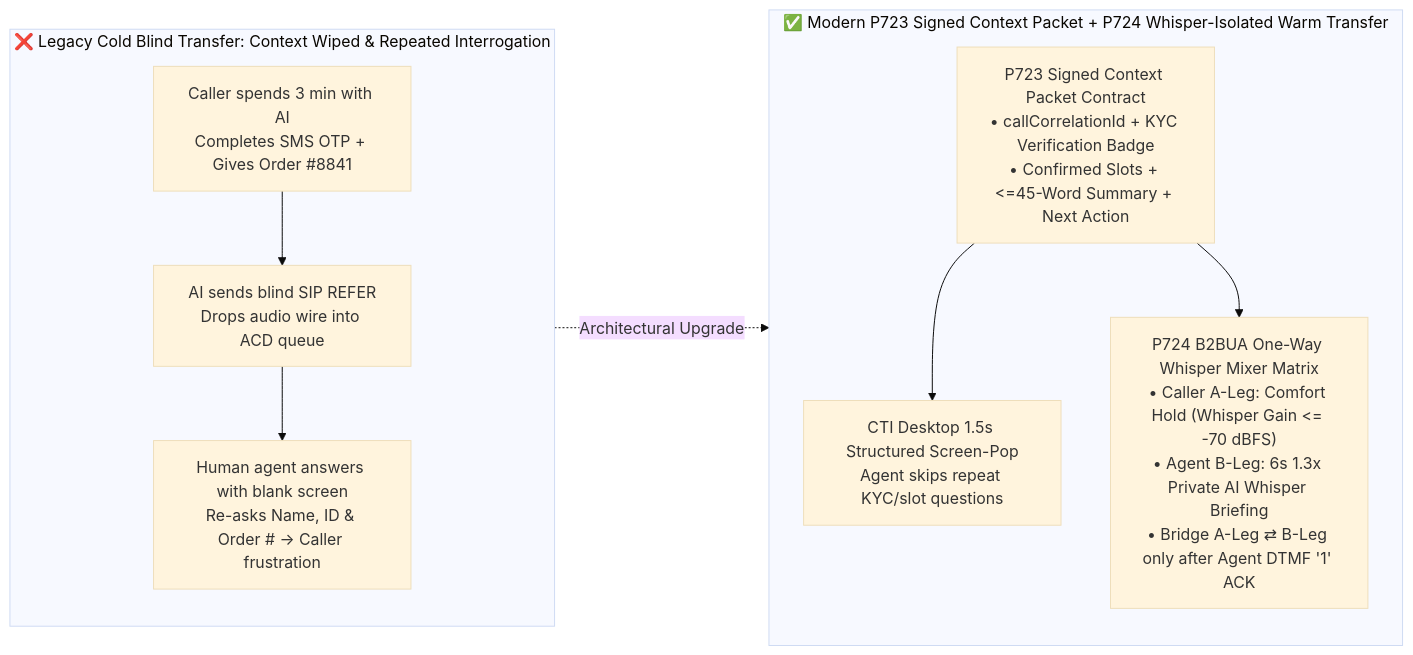
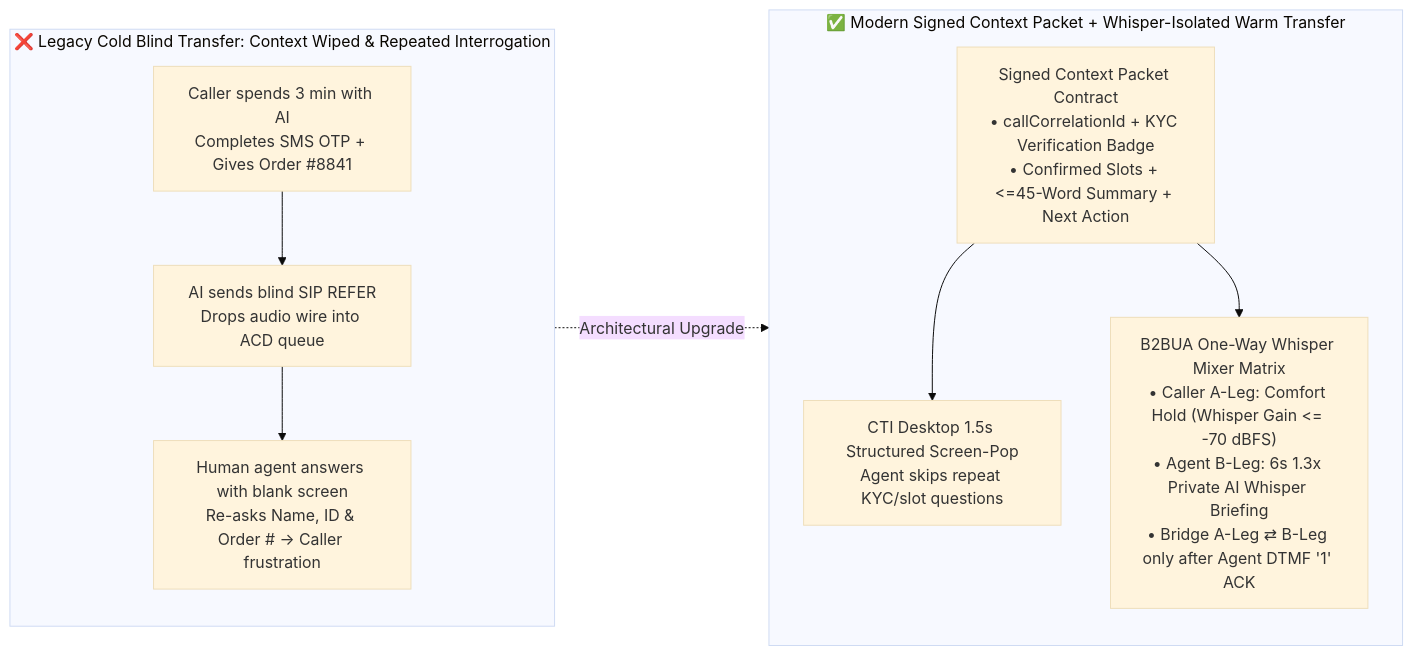
The second of 3 diagrams in docs/warm-transfer-whisper-handoff-faq.en.md (turbo998/voice-agent-lab), drawn with Mermaid (base theme) before and after one commit. The commit also changed other lines of this file and 715 other files, not shown here.

````diff
--- a/docs/warm-transfer-whisper-handoff-faq.en.md
+++ b/docs/warm-transfer-whisper-handoff-faq.en.md
@@ -90,16 +90,16 @@
 ```mermaid
 flowchart LR
-    subgraph Legacy["❌ Legacy Cold Blind Transfer: Context Wiped & Repeated Interrogation"]
-        direction TB
-        L1["Caller spends 3 min with AI<br/>Completes SMS OTP + Gives Order #8841"] --> L2["AI sends blind SIP REFER<br/>Drops audio wire into ACD queue"]
-        L2 --> L3["Human agent answers with blank screen<br/>Re-asks Name, ID & Order # → Caller frustration"]
-    end
+ subgraph Legacy["❌ Legacy Cold Blind Transfer: Context Wiped & Repeated Interrogation"]
+ direction TB
+ L1["Caller spends 3 min with AI<br/>Completes SMS OTP + Gives Order #8841"] --> L2["AI sends blind SIP REFER<br/>Drops audio wire into ACD queue"]
+ L2 --> L3["Human agent answers with blank screen<br/>Re-asks Name, ID & Order # → Caller frustration"]
+ end
 
-    subgraph Modern["✅ Modern P723 Signed Context Packet + P724 Whisper-Isolated Warm Transfer"]
-        direction TB
-        M1["P723 Signed Context Packet Contract<br/>• callCorrelationId + KYC Verification Badge<br/>• Confirmed Slots + <=45-Word Summary + Next Action"] --> M2["CTI Desktop 1.5s Structured Screen-Pop<br/>Agent skips repeat KYC/slot questions"]
-        M1 --> M3["P724 B2BUA One-Way Whisper Mixer Matrix<br/>• Caller A-Leg: Comfort Hold (Whisper Gain <= -70 dBFS)<br/>• Agent B-Leg: 6s 1.3x Private AI Whisper Briefing<br/>• Bridge A-Leg ⇄ B-Leg only after Agent DTMF '1' ACK"]
-    end
+ subgraph Modern["✅ Modern Signed Context Packet + Whisper-Isolated Warm Transfer"]
+ direction TB
+ M1[" Signed Context Packet Contract<br/>• callCorrelationId + KYC Verification Badge<br/>• Confirmed Slots + <=45-Word Summary + Next Action"] --> M2["CTI Desktop 1.5s Structured Screen-Pop<br/>Agent skips repeat KYC/slot questions"]
+ M1 --> M3[" B2BUA One-Way Whisper Mixer Matrix<br/>• Caller A-Leg: Comfort Hold (Whisper Gain <= -70 dBFS)<br/>• Agent B-Leg: 6s 1.3x Private AI Whisper Briefing<br/>• Bridge A-Leg ⇄ B-Leg only after Agent DTMF '1' ACK"]
+ end
 
-    Legacy -. "Architectural Upgrade" .-> Modern
+ Legacy -. "Architectural Upgrade" .-> Modern
 ```
````
